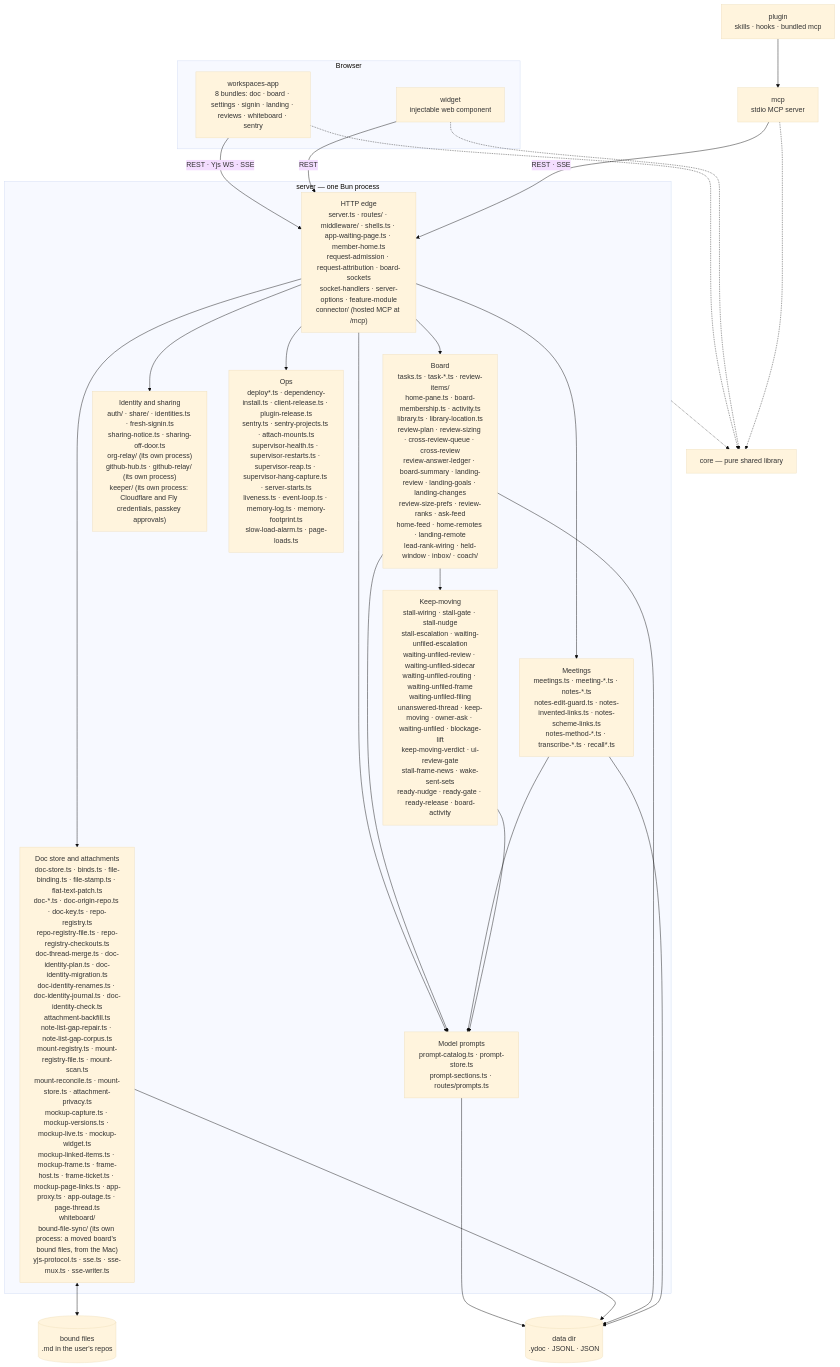
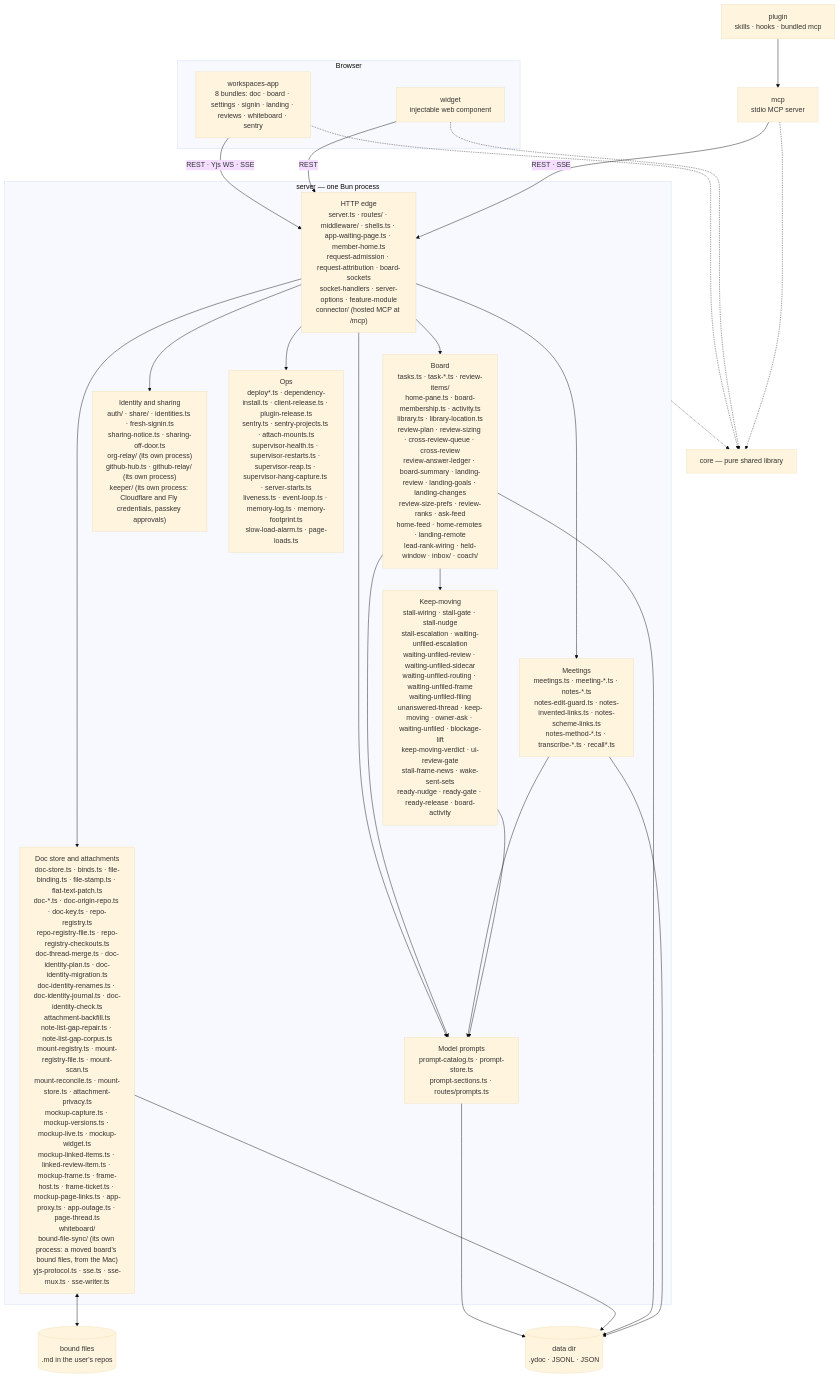
One commit to fryanpan/claude-workspaces-plugin changed the first of 2 diagrams in docs/architecture/overview.md. Above: the diagram before and after it, drawn with Mermaid (base theme). The commit also changed other lines of this file and 47 other files, not shown here.

First line of the commit message:
A comment view for multi-page mocks, and a review item from another board linked on a thread (#1415)

````diff
--- a/docs/architecture/overview.md
+++ b/docs/architecture/overview.md
@@ -45,35 +45,35 @@
 ```mermaid
 flowchart TB
   subgraph browser[Browser]
     app["workspaces-app<br/>8 bundles: doc · board · settings · signin · landing · reviews · whiteboard · sentry"]
     wid["widget<br/>injectable web component"]
   end
   plug["plugin<br/>skills · hooks · bundled mcp"]
   mcp["mcp<br/>stdio MCP server"]
   subgraph srv["server — one Bun process"]
     edge["HTTP edge<br/>server.ts · routes/ · middleware/ · shells.ts · app-waiting-page.ts · member-home.ts<br/>request-admission · request-attribution · board-sockets<br/>socket-handlers · server-options · feature-module<br/>connector/ (hosted MCP at /mcp)"]
-    docs["Doc store and attachments<br/>doc-store.ts · binds.ts · file-binding.ts · file-stamp.ts · flat-text-patch.ts<br/>doc-*.ts · doc-origin-repo.ts · doc-key.ts · repo-registry.ts<br/>repo-registry-file.ts · repo-registry-checkouts.ts<br/>doc-thread-merge.ts · doc-identity-plan.ts · doc-identity-migration.ts<br/>doc-identity-renames.ts · doc-identity-journal.ts · doc-identity-check.ts<br/>attachment-backfill.ts<br/>note-list-gap-repair.ts · note-list-gap-corpus.ts<br/>mount-registry.ts · mount-registry-file.ts · mount-scan.ts<br/>mount-reconcile.ts · mount-store.ts · attachment-privacy.ts<br/>mockup-capture.ts · mockup-versions.ts · mockup-live.ts · mockup-widget.ts<br/>mockup-linked-items.ts · mockup-frame.ts · frame-host.ts · frame-ticket.ts · mockup-page-links.ts · app-proxy.ts · app-outage.ts · page-thread.ts<br/>whiteboard/<br/>bound-file-sync/ (its own process: a moved board's bound files, from the Mac)<br/>yjs-protocol.ts · sse.ts · sse-mux.ts · sse-writer.ts"]
+    docs["Doc store and attachments<br/>doc-store.ts · binds.ts · file-binding.ts · file-stamp.ts · flat-text-patch.ts<br/>doc-*.ts · doc-origin-repo.ts · doc-key.ts · repo-registry.ts<br/>repo-registry-file.ts · repo-registry-checkouts.ts<br/>doc-thread-merge.ts · doc-identity-plan.ts · doc-identity-migration.ts<br/>doc-identity-renames.ts · doc-identity-journal.ts · doc-identity-check.ts<br/>attachment-backfill.ts<br/>note-list-gap-repair.ts · note-list-gap-corpus.ts<br/>mount-registry.ts · mount-registry-file.ts · mount-scan.ts<br/>mount-reconcile.ts · mount-store.ts · attachment-privacy.ts<br/>mockup-capture.ts · mockup-versions.ts · mockup-live.ts · mockup-widget.ts<br/>mockup-linked-items.ts · linked-review-item.ts · mockup-frame.ts · frame-host.ts · frame-ticket.ts · mockup-page-links.ts · app-proxy.ts · app-outage.ts · page-thread.ts<br/>whiteboard/<br/>bound-file-sync/ (its own process: a moved board's bound files, from the Mac)<br/>yjs-protocol.ts · sse.ts · sse-mux.ts · sse-writer.ts"]
     board["Board<br/>tasks.ts · task-*.ts · review-items/<br/>home-pane.ts · board-membership.ts · activity.ts<br/>library.ts · library-location.ts<br/>review-plan · review-sizing · cross-review-queue · cross-review<br/>review-answer-ledger · board-summary · landing-review · landing-goals · landing-changes<br/>review-size-prefs · review-ranks · ask-feed<br/>home-feed · home-remotes · landing-remote<br/>lead-rank-wiring · held-window · inbox/ · coach/"]
     meet["Meetings<br/>meetings.ts · meeting-*.ts · notes-*.ts<br/>notes-edit-guard.ts · notes-invented-links.ts · notes-scheme-links.ts<br/>notes-method-*.ts · transcribe-*.ts · recall*.ts"]
     keep["Keep-moving<br/>stall-wiring · stall-gate · stall-nudge<br/>stall-escalation · waiting-unfiled-escalation<br/>waiting-unfiled-review · waiting-unfiled-sidecar<br/>waiting-unfiled-routing · waiting-unfiled-frame<br/>waiting-unfiled-filing<br/>unanswered-thread · keep-moving · owner-ask · waiting-unfiled · blockage-lift<br/>keep-moving-verdict · ui-review-gate<br/>stall-frame-news · wake-sent-sets<br/>ready-nudge · ready-gate · ready-release · board-activity"]
     ident["Identity and sharing<br/>auth/ · share/ · identities.ts · fresh-signin.ts<br/>sharing-notice.ts · sharing-off-door.ts<br/>org-relay/ (its own process)<br/>github-hub.ts · github-relay/ (its own process)<br/>keeper/ (its own process: Cloudflare and Fly credentials, passkey approvals)"]
     prompts["Model prompts<br/>prompt-catalog.ts · prompt-store.ts<br/>prompt-sections.ts · routes/prompts.ts"]
     ops["Ops<br/>deploy*.ts · dependency-install.ts · client-release.ts · plugin-release.ts<br/>sentry.ts · sentry-projects.ts · attach-mounts.ts<br/>supervisor-health.ts · supervisor-restarts.ts · supervisor-reap.ts · supervisor-hang-capture.ts · server-starts.ts<br/>liveness.ts · event-loop.ts · memory-log.ts · memory-footprint.ts<br/>slow-load-alarm.ts · page-loads.ts"]
   end
   core["core — pure shared library"]
   disk[("data dir<br/>.ydoc · JSONL · JSON")]
   files[("bound files<br/>.md in the user's repos")]
 
   app -->|"REST · Yjs WS · SSE"| edge
   wid -->|REST| edge
   plug --> mcp
   mcp -->|"REST · SSE"| edge
   edge --> docs & board & meet & ident & ops & prompts
   board & meet & keep --> prompts
   prompts --> disk
   board --> keep
   docs <--> files
   docs & board & meet --> disk
   app & wid & mcp -.-> core
   srv -.-> core
 ```
````
